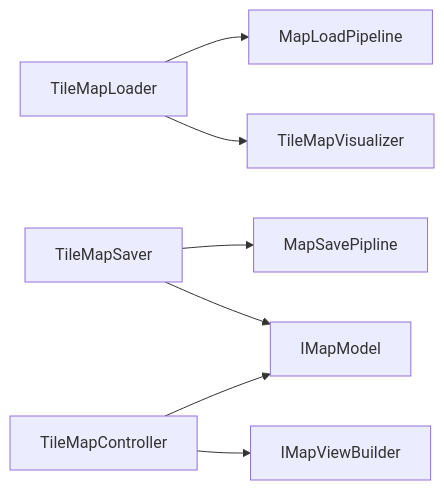
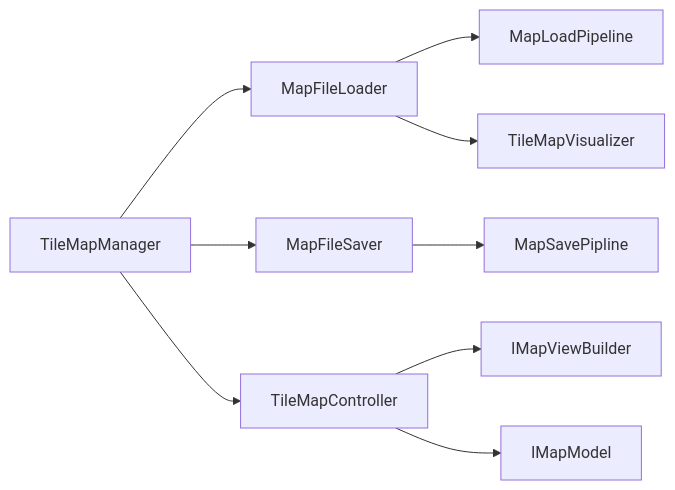
One commit to garunnir/Project_Alpha changed the diagram in Assets/Dist/Scripts/Map/Components/COMPONENTS.md. Above: the diagram before and after it, drawn with Mermaid. The commit also changed other lines of this file and 20 other files, not shown here.

First line of the commit message:
Introduce TileMapManager and MapFileLoader/Saver

````diff
--- a/Assets/Dist/Scripts/Map/Components/COMPONENTS.md
+++ b/Assets/Dist/Scripts/Map/Components/COMPONENTS.md
@@ -5,11 +6,14 @@
 ```mermaid
 graph LR
-    Loader[TileMapLoader] --> LoadPipe[MapLoadPipeline]
+    Manager[TileMapManager] --> Loader[MapFileLoader]
+    Manager --> Saver[MapFileSaver]
+    Manager --> Controller[TileMapController]
+
+    Loader --> LoadPipe[MapLoadPipeline]
     Loader --> Visualizer[TileMapVisualizer]
 
-    Saver[TileMapSaver] --> SavePipe[MapSavePipline]
-    Saver --> IModel[IMapModel]
+    Saver --> SavePipe[MapSavePipline]
 
-    Controller[TileMapController] --> IView[IMapViewBuilder]
-    Controller --> IModel
+    Controller --> IView[IMapViewBuilder]
+    Controller --> IModel[IMapModel]
 ```
````
